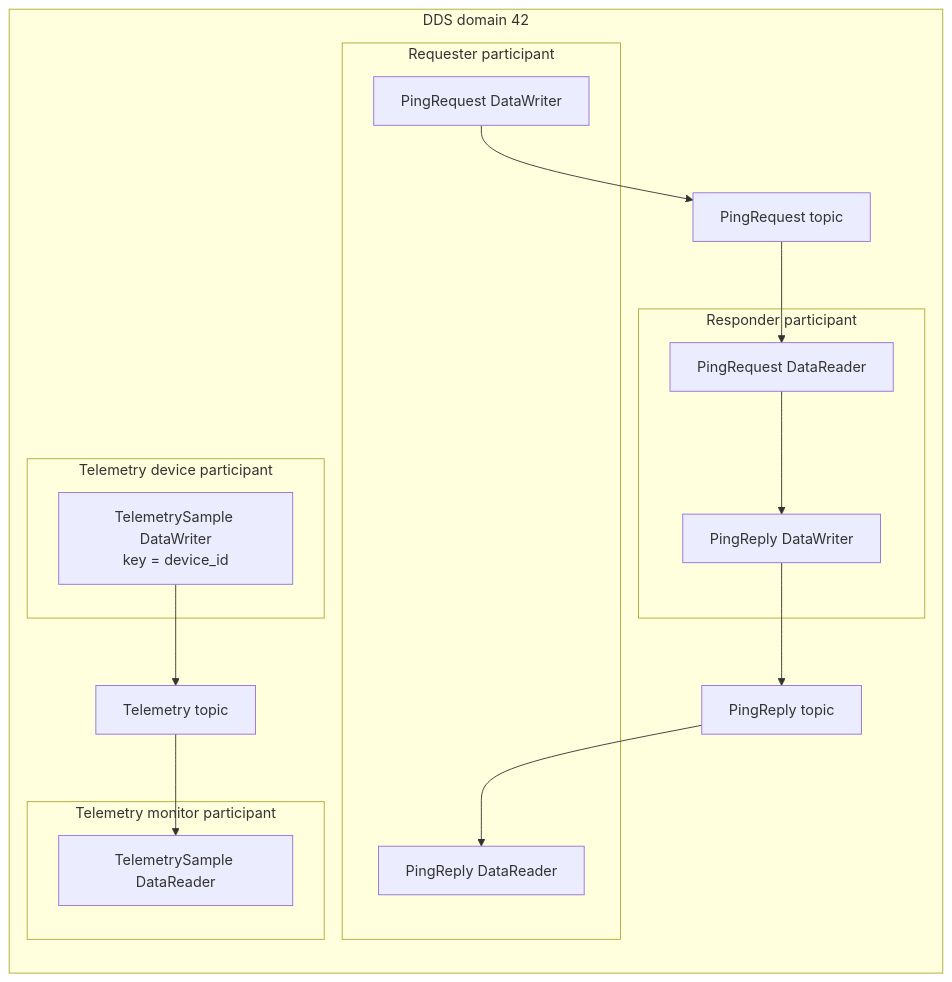
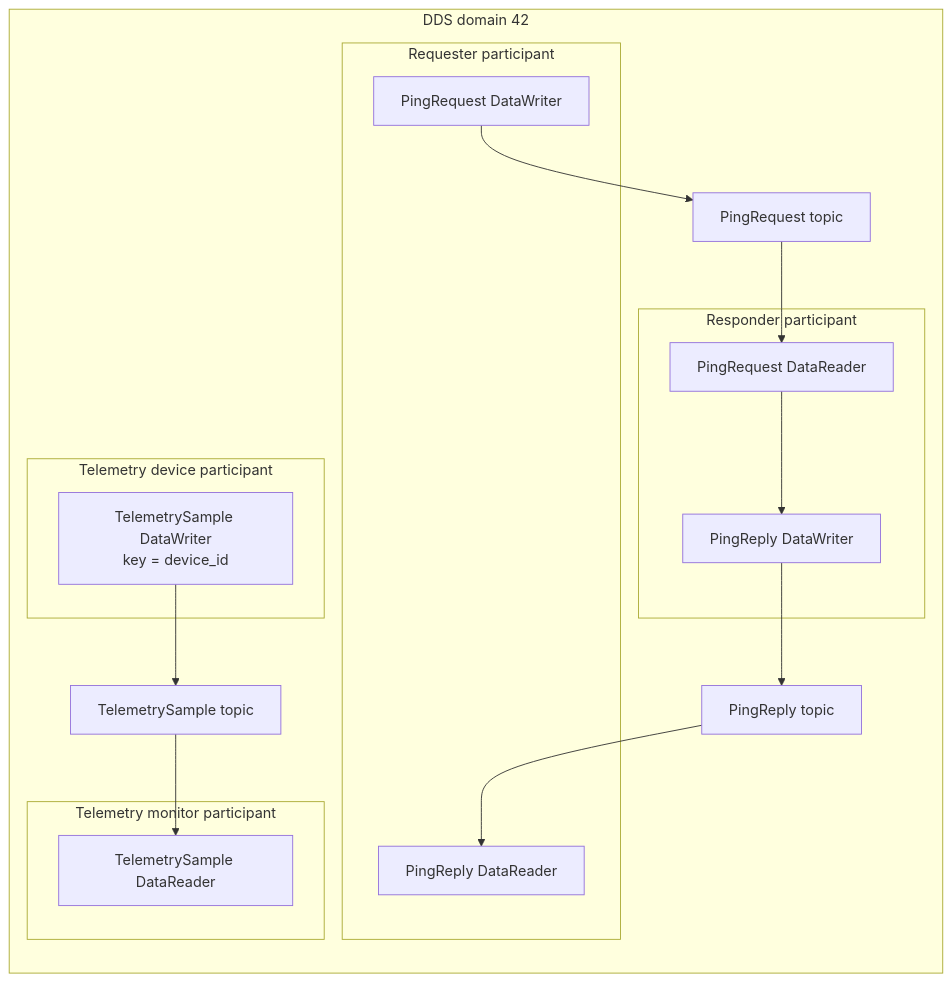
Before and after one commit to Tmejs/Java-openDds: the first of 2 diagrams in docs/learning-guide.md, drawn with Mermaid. The commit also changed other lines of this file and 2 other files, not shown here.

````diff
--- a/docs/learning-guide.md
+++ b/docs/learning-guide.md
@@ -60,25 +60,25 @@
 ```mermaid
 flowchart LR
   subgraph D["DDS domain 42"]
     subgraph RP["Requester participant"]
       REQW["PingRequest DataWriter"]
       REPR["PingReply DataReader"]
     end
     PING["PingRequest topic"]
     PONG["PingReply topic"]
     subgraph PP["Responder participant"]
       REQR["PingRequest DataReader"]
       REPW["PingReply DataWriter"]
     end
     subgraph DP["Telemetry device participant"]
       TELW["TelemetrySample DataWriter<br/>key = device_id"]
     end
-    TELEMETRY["Telemetry topic"]
+    TELEMETRY["TelemetrySample topic"]
     subgraph MP["Telemetry monitor participant"]
       TELR["TelemetrySample DataReader"]
     end
     REQW --> PING --> REQR
     REQR --> REPW --> PONG --> REPR
     TELW --> TELEMETRY --> TELR
   end
 ```
````
